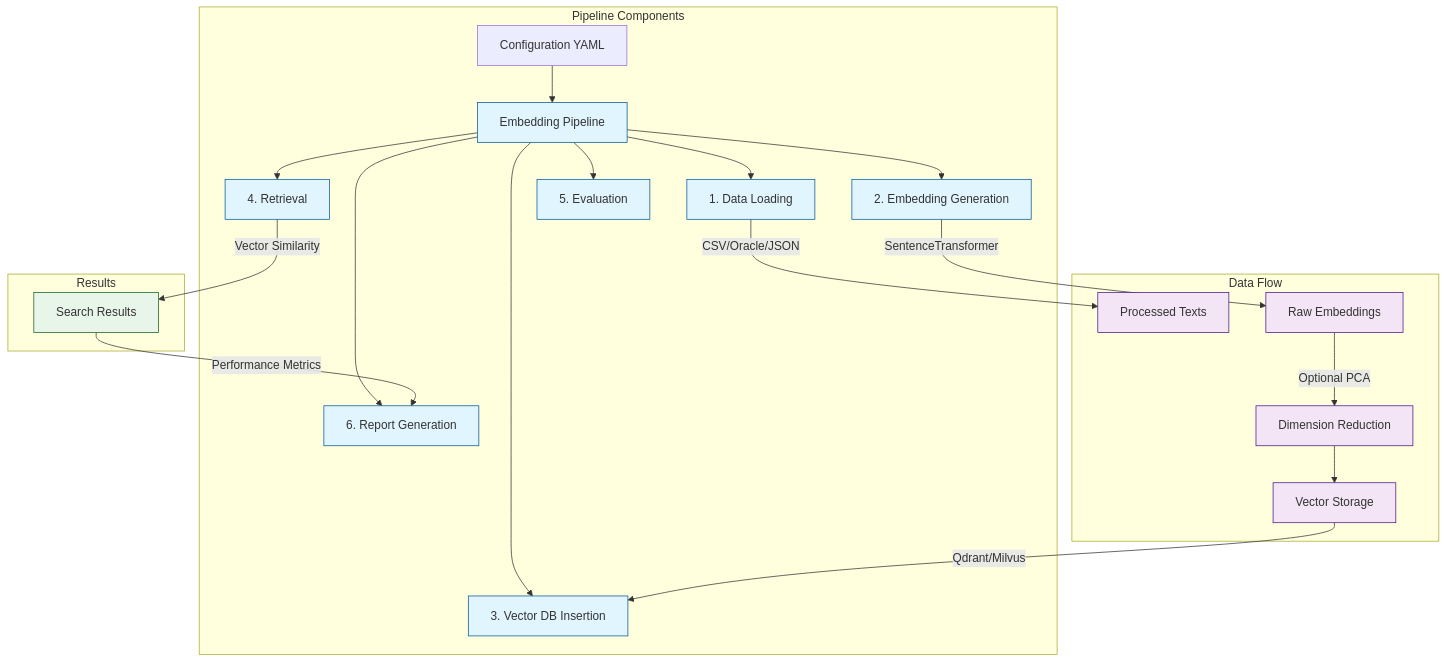
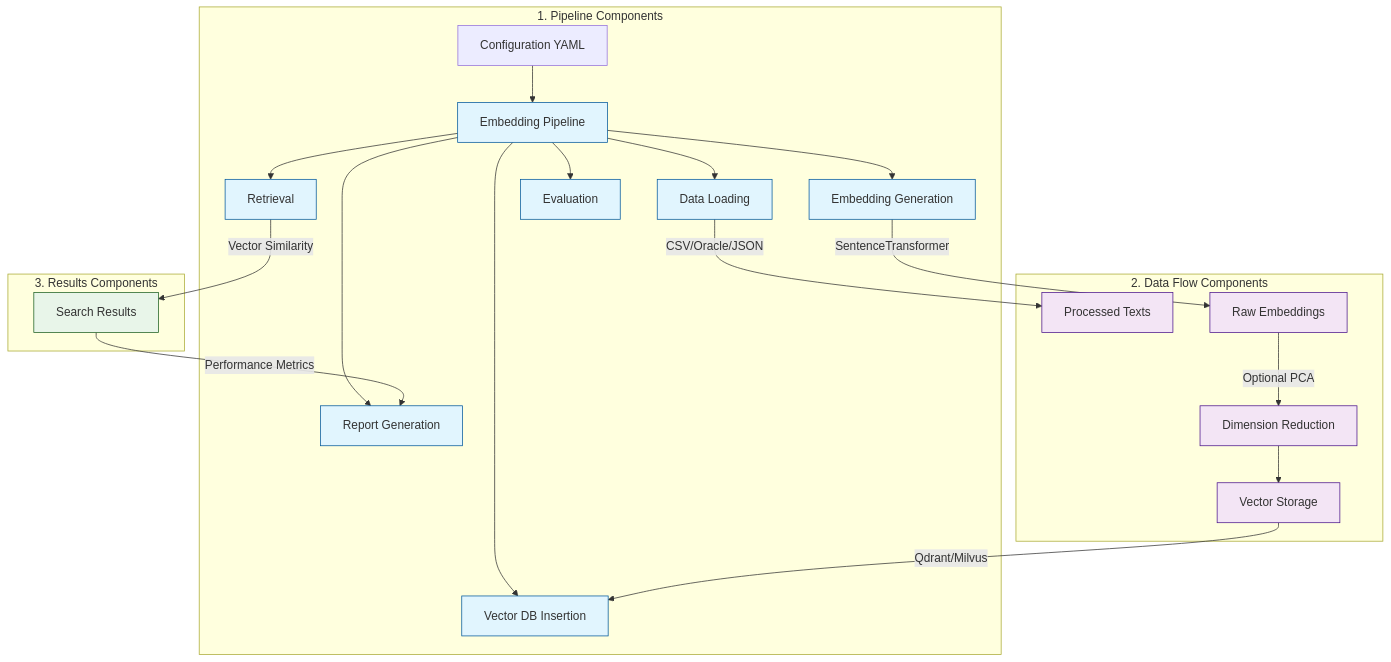
The first of 4 diagrams in README.md (chaitu-padi/embed_model_eval), drawn with Mermaid before and after one commit. The commit also changed other lines of this file, not shown here.

Commit message:
Architecture diagram fix

````diff
--- a/README.md
+++ b/README.md
@@ -10,33 +17,34 @@
 ```mermaid
 graph TD
-    subgraph Pipeline Components
+    subgraph "1. Pipeline Components"
         Config[Configuration YAML] --> Pipeline[Embedding Pipeline]
-        Pipeline --> DataLoad[1. Data Loading]
-        Pipeline --> EmbGen[2. Embedding Generation]
-        Pipeline --> VectorDB[3. Vector DB Insertion]
-        Pipeline --> Retrieval[4. Retrieval]
-        Pipeline --> Eval[5. Evaluation]
-        Pipeline --> Report[6. Report Generation]
+        Pipeline --> DataLoad[Data Loading]
+        Pipeline --> EmbGen[Embedding Generation]
+        Pipeline --> VectorDB[Vector DB Insertion]
+        Pipeline --> Retrieval[Retrieval]
+        Pipeline --> Eval[Evaluation]
+        Pipeline --> Report[Report Generation]
     end
 
-    subgraph Data Flow
+    subgraph "2. Data Flow Components"
         DataLoad --> |CSV/Oracle/JSON| Texts[Processed Texts]
         EmbGen --> |SentenceTransformer| Embeddings[Raw Embeddings]
         Embeddings --> |Optional PCA| DimReduction[Dimension Reduction]
         DimReduction --> VectorStorage[Vector Storage]
         VectorStorage --> |Qdrant/Milvus| VectorDB
     end
 
-    subgraph Results
+    subgraph "3. Results Components"
         Retrieval --> |Vector Similarity| SearchResults[Search Results]
         SearchResults --> |Performance Metrics| Report
     end
 
+    %% Styling
     classDef pipeline fill:#e1f5fe,stroke:#01579b;
     classDef dataflow fill:#f3e5f5,stroke:#4a148c;
     classDef results fill:#e8f5e9,stroke:#1b5e20;
     
     class Pipeline,DataLoad,EmbGen,VectorDB,Retrieval,Eval,Report pipeline;
     class Texts,Embeddings,DimReduction,VectorStorage dataflow;
     class SearchResults results;
 ```
````
